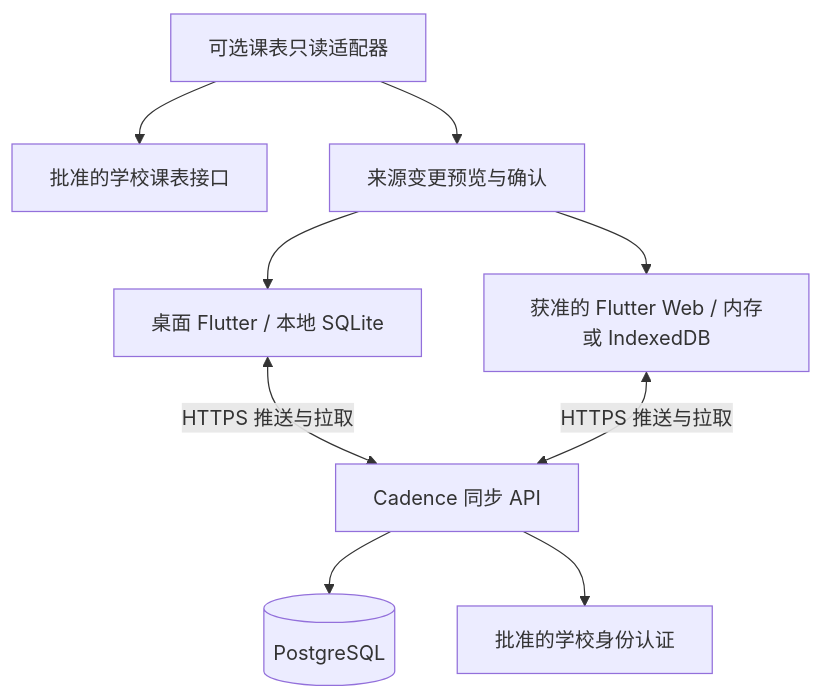
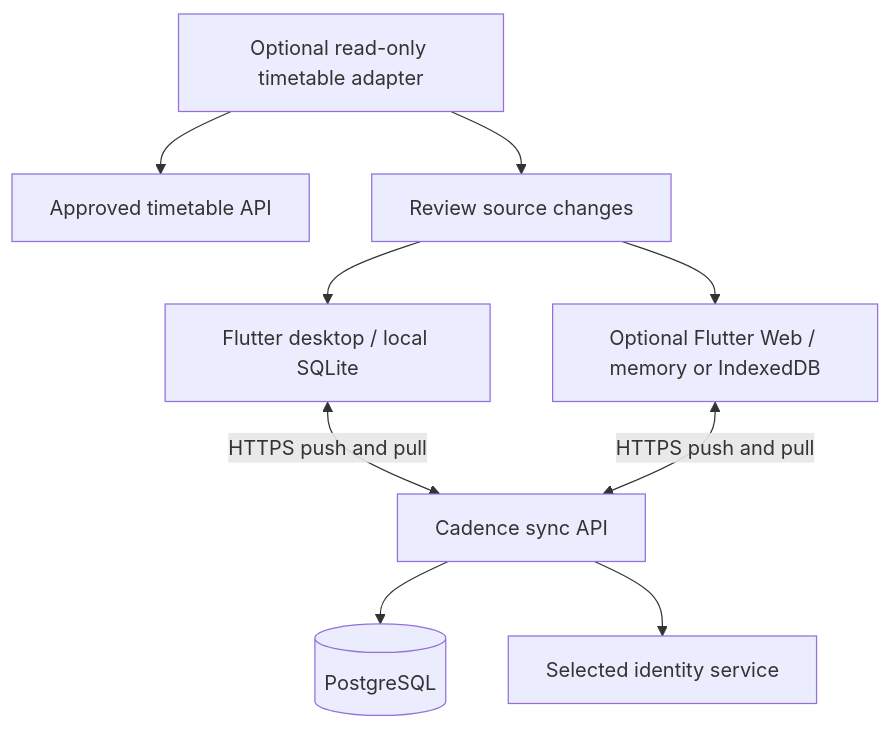
One commit to lorendw7/Cadence changed the diagram in docs/SYNC.md. Above: the diagram before and after it, drawn with Mermaid. The commit also changed other lines of this file and 70 other files, not shown here.

Commit message:
Redesign Cadence as a general-purpose local planner

````diff
--- a/docs/SYNC.md
+++ b/docs/SYNC.md
@@ -9,11 +9,11 @@
 ```mermaid
 flowchart TD
-  Desktop[桌面 Flutter / 本地 SQLite] <-->|HTTPS 推送与拉取| API[Cadence 同步 API]
-  Web[获准的 Flutter Web / 内存或 IndexedDB] <-->|HTTPS 推送与拉取| API
+  Desktop[Flutter desktop / local SQLite] <-->|HTTPS push and pull| API[Cadence sync API]
+  Web[Optional Flutter Web / memory or IndexedDB] <-->|HTTPS push and pull| API
   API --> PG[(PostgreSQL)]
-  API --> Auth[批准的学校身份认证]
-  Connector[可选课表只读适配器] --> School[批准的学校课表接口]
-  Connector --> Review[来源变更预览与确认]
+  API --> Auth[Selected identity service]
+  Connector[Optional read-only timetable adapter] --> School[Approved timetable API]
+  Connector --> Review[Review source changes]
   Review --> Desktop
   Review --> Web
 ```
````
